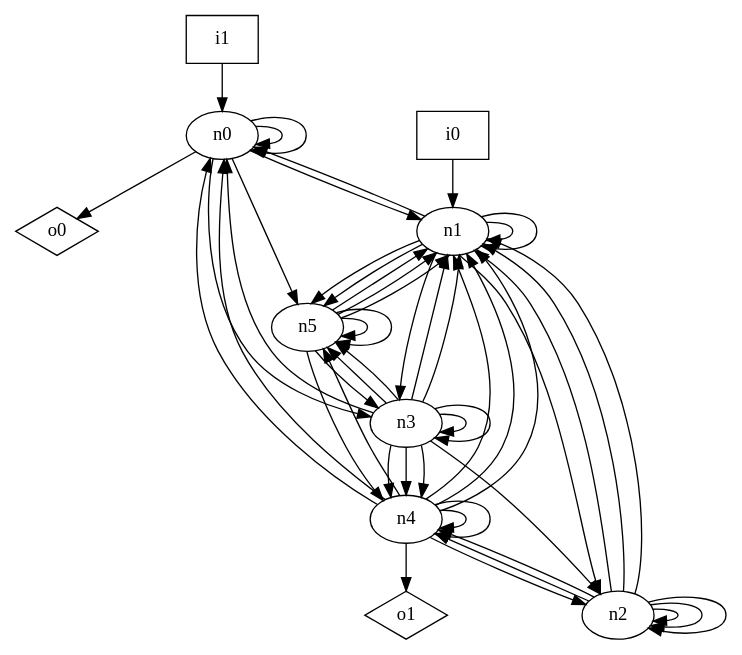
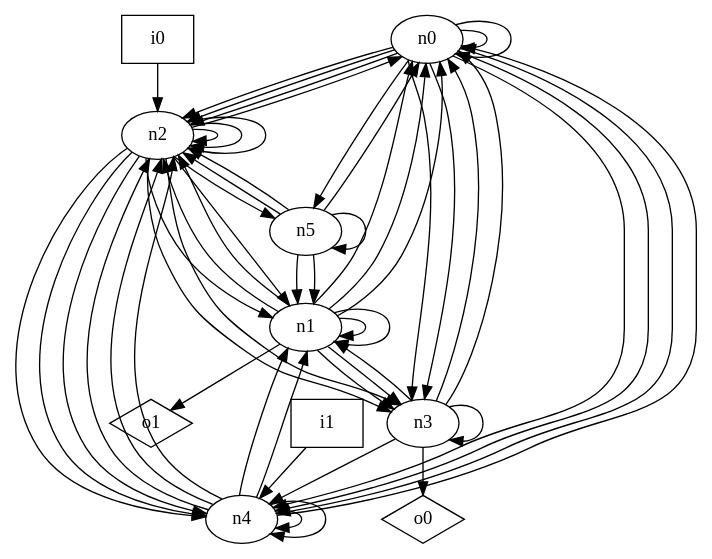
One commit to p9romain/bool-circuits changed the diagram in dot_files/random/random_graph.dot. Above: the diagram before and after it, drawn with Graphviz. The commit also changed 28 other files, not shown here.

```diff
--- a/dot_files/random/random_graph.dot
+++ b/dot_files/random/random_graph.dot
@@ -1,63 +1,67 @@
 digraph G {
 n0 [label="n0"];
 n1 [label="n1"];
 n2 [label="n2"];
 n3 [label="n3"];
 n4 [label="n4"];
 n5 [label="n5"];
 n6 [label="i0",shape="box"];
 n7 [label="i1",shape="box"];
 n8 [label="o0",shape="diamond"];
 n9 [label="o1",shape="diamond"];
 n0 -> n0
 n0 -> n0
-n0 -> n1
+n0 -> n2
+n0 -> n2
+n0 -> n2
 n0 -> n3
+n0 -> n3
+n0 -> n4
+n0 -> n4
+n0 -> n4
 n0 -> n5
-n0 -> n8
+n1 -> n0
+n1 -> n0
 n1 -> n0
 n1 -> n1
 n1 -> n1
 n1 -> n2
+n1 -> n2
 n1 -> n3
-n1 -> n5
-n1 -> n5
-n2 -> n1
+n1 -> n3
+n1 -> n9
+n2 -> n0
 n2 -> n1
 n2 -> n1
 n2 -> n2
 n2 -> n2
 n2 -> n2
+n2 -> n3
+n2 -> n3
 n2 -> n4
 n2 -> n4
+n2 -> n4
+n2 -> n5
+n3 -> n0
 n3 -> n0
 n3 -> n1
-n3 -> n1
-n3 -> n2
-n3 -> n3
 n3 -> n3
 n3 -> n4
-n3 -> n4
-n3 -> n4
-n3 -> n5
-n3 -> n5
-n4 -> n0
+n3 -> n8
 n4 -> n0
 n4 -> n1
 n4 -> n1
-n4 -> n1
+n4 -> n2
+n4 -> n2
 n4 -> n2
 n4 -> n4
 n4 -> n4
-n4 -> n5
-n4 -> n9
+n5 -> n0
 n5 -> n1
 n5 -> n1
-n5 -> n1
-n5 -> n3
-n5 -> n4
+n5 -> n2
+n5 -> n2
 n5 -> n5
-n5 -> n5
-n6 -> n1
-n7 -> n0
+n6 -> n2
+n7 -> n4
 }
```
